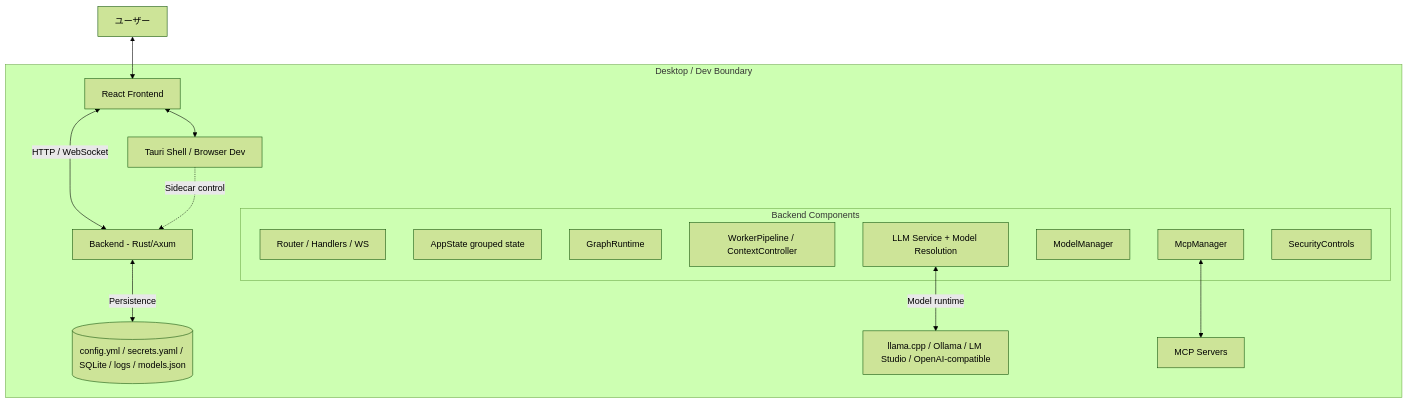
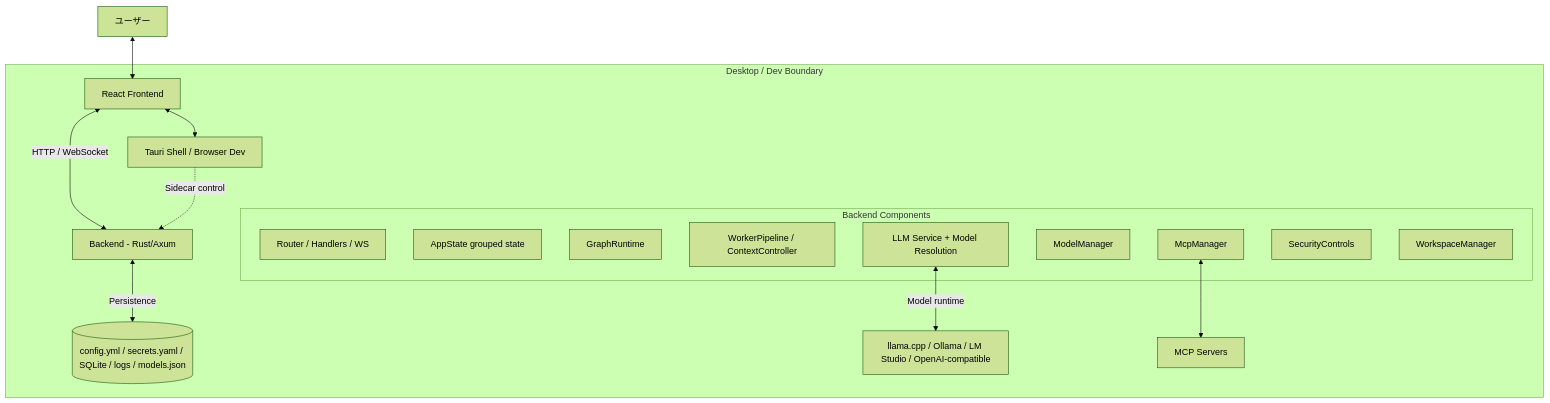
Before and after one commit to coco4atJP/Tepora-alpha: the first of 11 diagrams in docs/architecture/ARCHITECTURE.md, drawn with Mermaid (forest theme). The commit also changed other lines of this file, not shown here.

First line of the commit message:
docs: update ARCHITECTURE.md with workspace module details

````diff
--- a/docs/architecture/ARCHITECTURE.md
+++ b/docs/architecture/ARCHITECTURE.md
@@ -66,25 +66,26 @@
 ```mermaid
 graph TD
     User[ユーザー] <--> Frontend[React Frontend]
 
     subgraph "Desktop / Dev Boundary"
         Frontend <--> Tauri[Tauri Shell / Browser Dev]
         Frontend <-->|HTTP / WebSocket| Backend[Backend - Rust/Axum]
 
         subgraph "Backend Components"
             Router[Router / Handlers / WS]
             AppState[AppState grouped state]
             Graph[GraphRuntime]
             Context[WorkerPipeline / ContextController]
             LLM[LLM Service + Model Resolution]
             Models[ModelManager]
             MCP[McpManager]
             Security[SecurityControls]
+            Workspace[WorkspaceManager]
         end
 
         Backend <-->|Persistence| Data[(config.yml / secrets.yaml / SQLite / logs / models.json)]
         LLM <-->|Model runtime| Providers[llama.cpp / Ollama / LM Studio / OpenAI-compatible]
         MCP <--> ExtTools[MCP Servers]
         Tauri -.->|Sidecar control| Backend
     end
 ```
````
